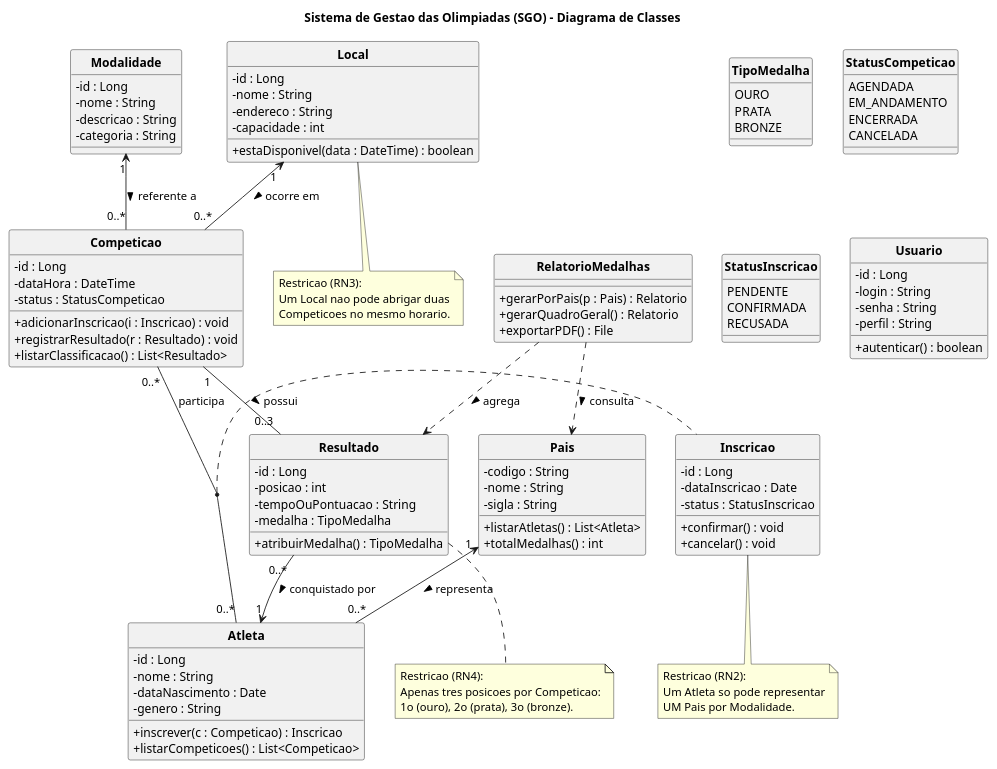
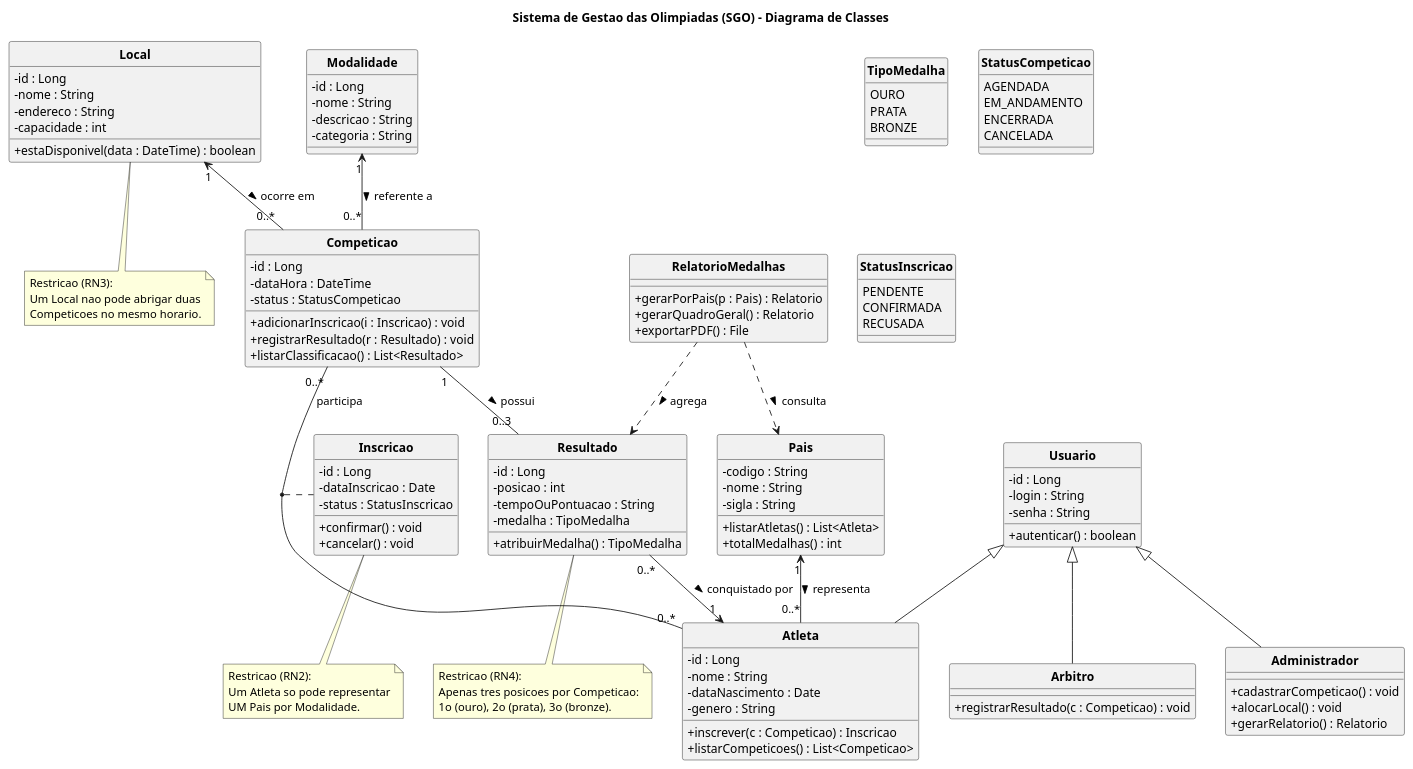
Before and after one commit to LuizFMoreira/Trabalho-SGO: the diagram in codigos/diagrama-de-classes.puml, drawn with PlantUML. The commit also changed 5 other files, not shown here.

```diff
--- a/codigos/diagrama-de-classes.puml
+++ b/codigos/diagrama-de-classes.puml
@@ -1,130 +1,144 @@
 @startuml diagrama-de-classes
 ' Sistema de Gestao das Olimpiadas (SGO)
 ' Diagrama de Classes
 
 title Sistema de Gestao das Olimpiadas (SGO) - Diagrama de Classes
 
 skinparam classAttributeIconSize 0
 skinparam classFontStyle bold
 hide circle
 
 enum TipoMedalha {
   OURO
   PRATA
   BRONZE
 }
 
 enum StatusCompeticao {
   AGENDADA
   EM_ANDAMENTO
   ENCERRADA
   CANCELADA
 }
 
 enum StatusInscricao {
   PENDENTE
   CONFIRMADA
   RECUSADA
 }
 
 class Pais {
   - codigo : String
   - nome : String
   - sigla : String
   + listarAtletas() : List<Atleta>
   + totalMedalhas() : int
 }
 
 class Atleta {
   - id : Long
   - nome : String
   - dataNascimento : Date
   - genero : String
   + inscrever(c : Competicao) : Inscricao
   + listarCompeticoes() : List<Competicao>
 }
 
 class Modalidade {
   - id : Long
   - nome : String
   - descricao : String
   - categoria : String
 }
 
 class Local {
   - id : Long
   - nome : String
   - endereco : String
   - capacidade : int
   + estaDisponivel(data : DateTime) : boolean
 }
 
 class Competicao {
   - id : Long
   - dataHora : DateTime
   - status : StatusCompeticao
   + adicionarInscricao(i : Inscricao) : void
   + registrarResultado(r : Resultado) : void
   + listarClassificacao() : List<Resultado>
 }
 
 class Inscricao {
   - id : Long
   - dataInscricao : Date
   - status : StatusInscricao
   + confirmar() : void
   + cancelar() : void
 }
 
 class Resultado {
   - id : Long
   - posicao : int
   - tempoOuPontuacao : String
   - medalha : TipoMedalha
   + atribuirMedalha() : TipoMedalha
 }
 
 class RelatorioMedalhas {
   + gerarPorPais(p : Pais) : Relatorio
   + gerarQuadroGeral() : Relatorio
   + exportarPDF() : File
 }
 
 class Usuario {
   - id : Long
   - login : String
   - senha : String
-  - perfil : String
   + autenticar() : boolean
+}
+
+class Administrador {
+  + cadastrarCompeticao() : void
+  + alocarLocal() : void
+  + gerarRelatorio() : Relatorio
+}
+
+class Arbitro {
+  + registrarResultado(c : Competicao) : void
 }
 
 ' --- Relacionamentos ---
 Pais "1" <-- "0..*" Atleta : representa >
 Modalidade "1" <-- "0..*" Competicao : referente a >
 Local "1" <-- "0..*" Competicao : ocorre em >
 Competicao "0..*" -- "0..*" Atleta : participa
 (Competicao, Atleta) .. Inscricao
 Competicao "1" -- "0..3" Resultado : possui >
 Resultado "0..*" --> "1" Atleta : conquistado por >
 RelatorioMedalhas ..> Pais : consulta >
 RelatorioMedalhas ..> Resultado : agrega >
+
+' --- Heranca: perfis de usuario do sistema ---
+Usuario <|-- Administrador
+Usuario <|-- Arbitro
+Usuario <|-- Atleta
 
 note bottom of Inscricao
   Restricao (RN2):
   Um Atleta so pode representar
   UM Pais por Modalidade.
 end note
 
 note bottom of Local
   Restricao (RN3):
   Um Local nao pode abrigar duas
   Competicoes no mesmo horario.
 end note
 
 note bottom of Resultado
   Restricao (RN4):
   Apenas tres posicoes por Competicao:
   1o (ouro), 2o (prata), 3o (bronze).
 end note
 
 @enduml
```
